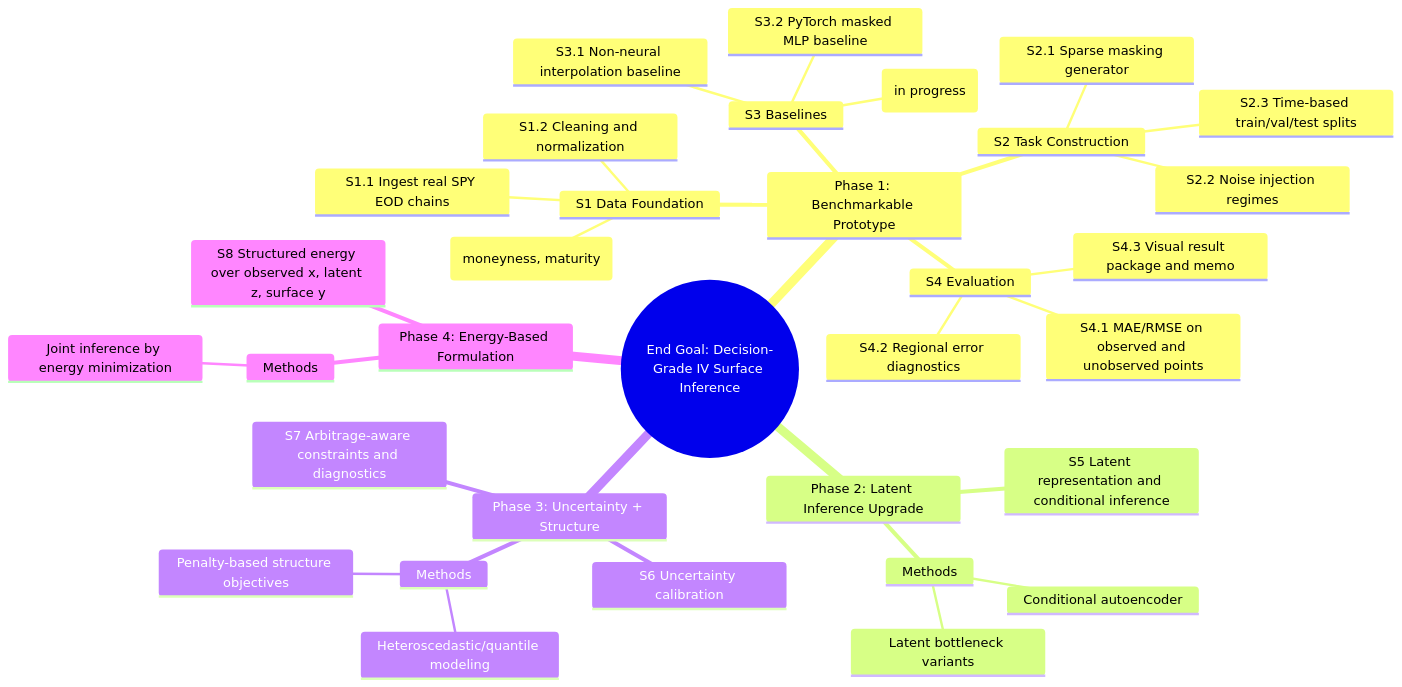
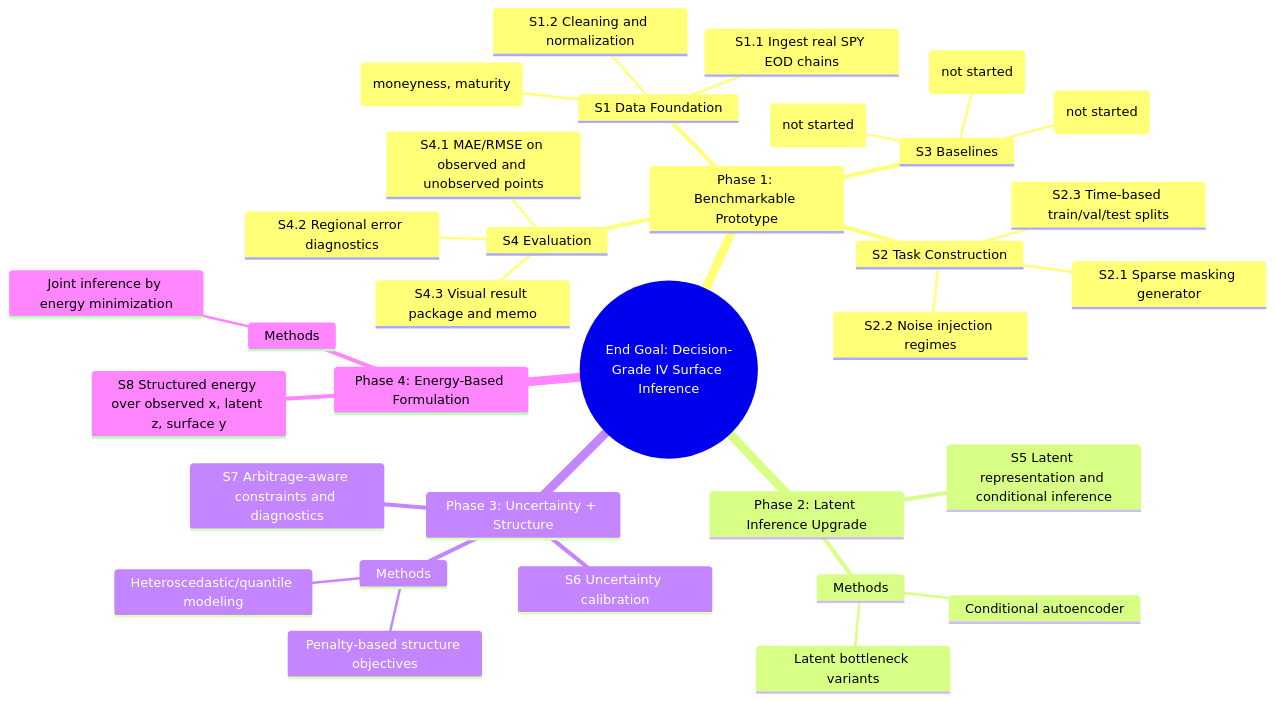
One commit to zymeng1998/neural-iv-surface-inference changed the second of 2 diagrams in docs/roadmaps/phase1_structural_roadmap.md. Above: the diagram before and after it, drawn with Mermaid. The commit also changed other lines of this file and 10 other files, not shown here.

````diff
--- a/docs/roadmaps/phase1_structural_roadmap.md
+++ b/docs/roadmaps/phase1_structural_roadmap.md
@@ -40,36 +40,36 @@
 ```mermaid
 mindmap
   root((End Goal: Decision-Grade IV Surface Inference))
     Phase 1: Benchmarkable Prototype
       S1 Data Foundation
         S1.1 Ingest real SPY EOD chains
         S1.2 Cleaning and normalization
         S1.3 Coordinate mapping (moneyness, maturity)
       S2 Task Construction
         S2.1 Sparse masking generator
         S2.2 Noise injection regimes
         S2.3 Time-based train/val/test splits
       S3 Baselines
-        S3.1 Non-neural interpolation baseline
-        S3.2 PyTorch masked MLP baseline
-        S3.3 Vendor-style reference alignment (in progress)
+        S3.1 Non-neural interpolation baseline (not started)
+        S3.2 PyTorch masked MLP baseline (not started)
+        S3.3 Vendor-style reference alignment (not started)
       S4 Evaluation
         S4.1 MAE/RMSE on observed and unobserved points
         S4.2 Regional error diagnostics
         S4.3 Visual result package and memo
     Phase 2: Latent Inference Upgrade
       S5 Latent representation and conditional inference
       Methods
         Conditional autoencoder
         Latent bottleneck variants
     Phase 3: Uncertainty + Structure
       S6 Uncertainty calibration
       S7 Arbitrage-aware constraints and diagnostics
       Methods
         Heteroscedastic/quantile modeling
         Penalty-based structure objectives
     Phase 4: Energy-Based Formulation
       S8 Structured energy over observed x, latent z, surface y
       Methods
         Joint inference by energy minimization
 ```
````
